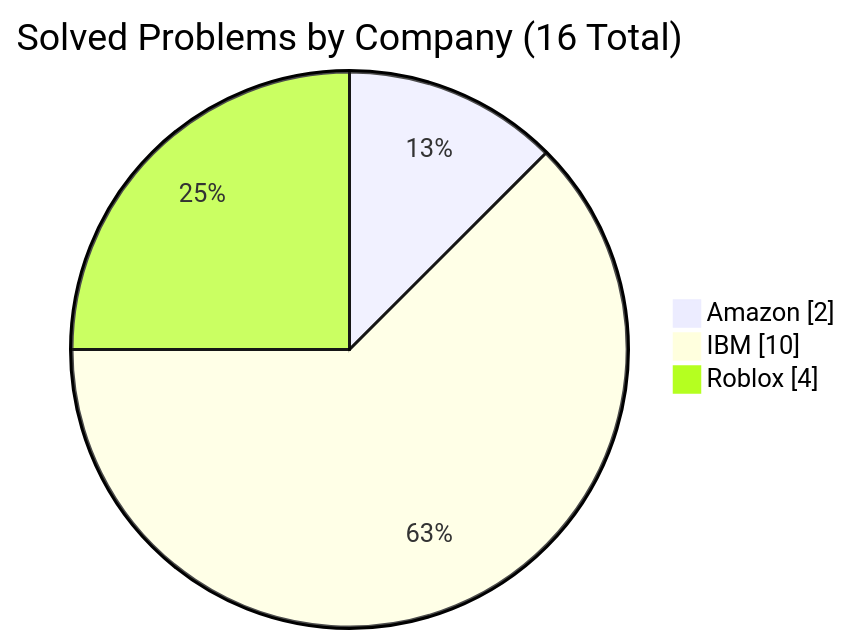
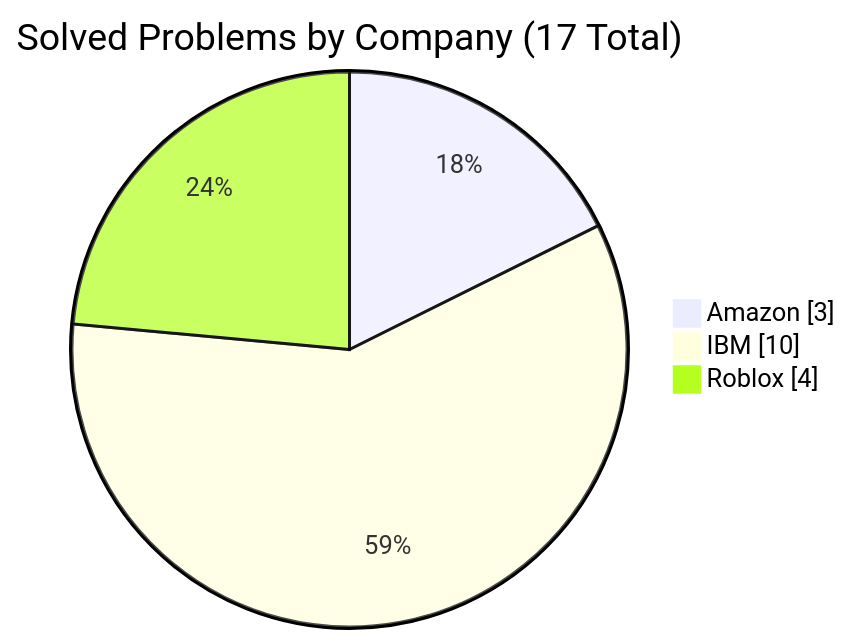
Before and after one commit to simonesiega/leetcode-solutions: the fourth of 4 diagrams in README.md, drawn with Mermaid. The commit also changed 4 other files, not shown here.

````diff
--- a/README.md
+++ b/README.md
@@ -168,7 +168,7 @@
 ```mermaid
 pie showData
-    title Solved Problems by Company (16 Total)
-    "Amazon" : 2
+    title Solved Problems by Company (17 Total)
+    "Amazon" : 3
     "IBM" : 10
     "Roblox" : 4
 ```
````
